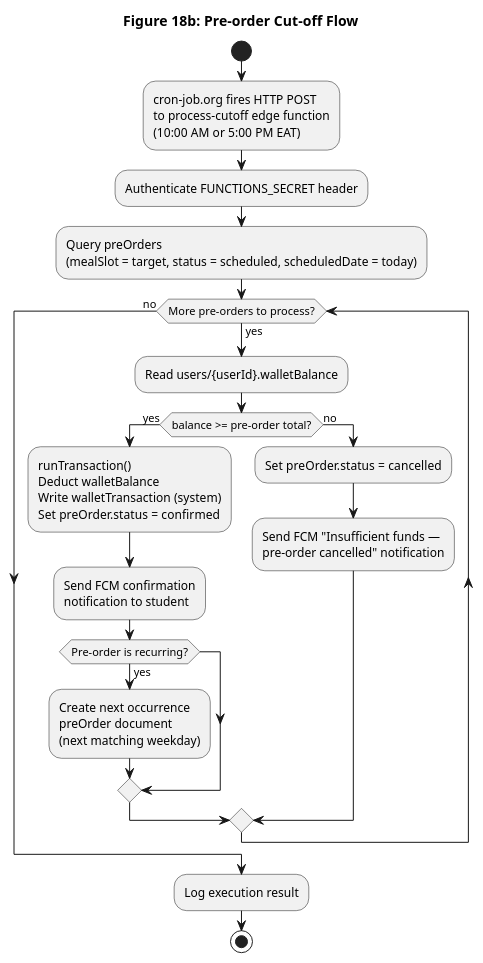
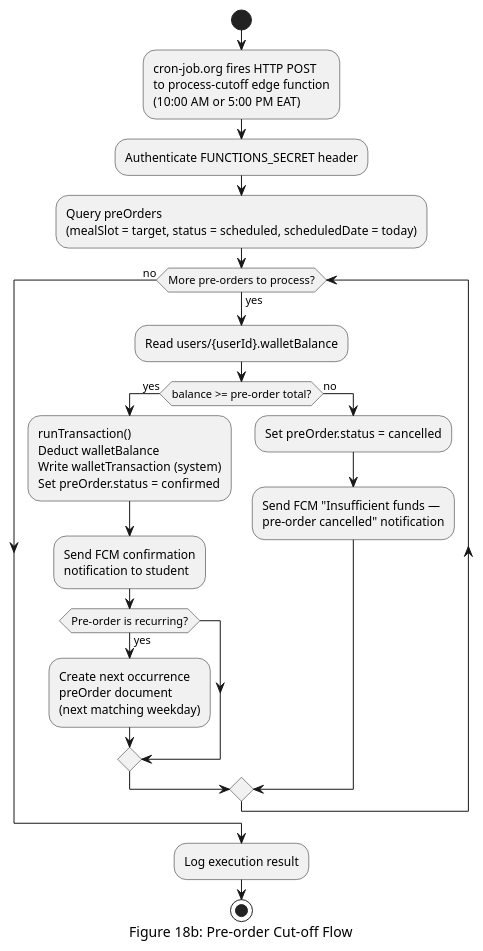
One commit to Musyonchez/beni-2 changed the fifth of 9 diagrams in pdf-source/figures/ch-5.md. Above: the diagram before and after it, drawn with PlantUML. The commit also changed other lines of this file and 30 other files, not shown here.

First line of the commit message:
chore: update figures, add generated PNGs, fix figure follow-up paragraphs

````diff
--- a/pdf-source/figures/ch-5.md
+++ b/pdf-source/figures/ch-5.md
@@ -305,27 +305,27 @@
 ```plantuml
 @startuml Figure18b_FlowchartB
 skinparam backgroundColor white
 skinparam defaultFontName Arial
-title Figure 18b: Pre-order Cut-off Flow
+caption Figure 18b: Pre-order Cut-off Flow
 
 start
 :cron-job.org fires HTTP POST\nto process-cutoff edge function\n(10:00 AM or 5:00 PM EAT);
 :Authenticate FUNCTIONS_SECRET header;
 :Query preOrders\n(mealSlot = target, status = scheduled, scheduledDate = today);
 while (More pre-orders to process?) is (yes)
   :Read users/{userId}.walletBalance;
   if (balance >= pre-order total?) then (yes)
     :runTransaction()\nDeduct walletBalance\nWrite walletTransaction (system)\nSet preOrder.status = confirmed;
     :Send FCM confirmation\nnotification to student;
     if (Pre-order is recurring?) then (yes)
       :Create next occurrence\npreOrder document\n(next matching weekday);
     endif
   else (no)
     :Set preOrder.status = cancelled;
     :Send FCM "Insufficient funds —\npre-order cancelled" notification;
   endif
 endwhile (no)
 :Log execution result;
 stop
 @enduml
 ```
````
